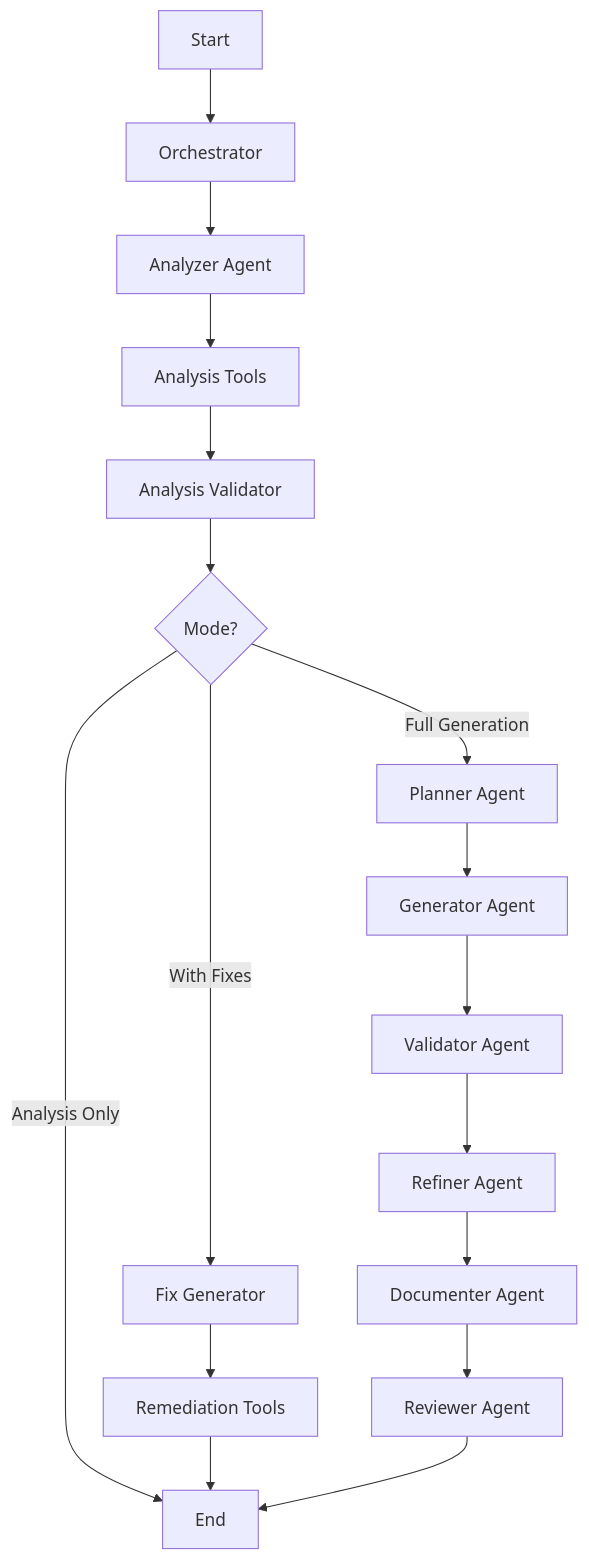
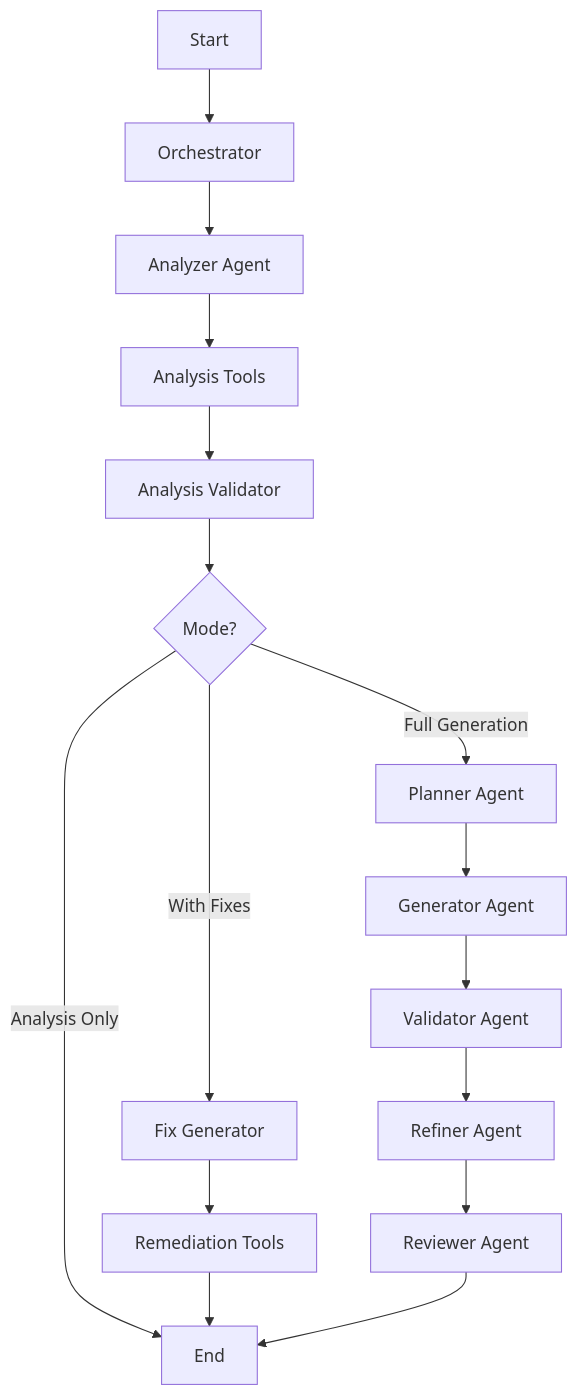
Before and after one commit to hashi-demo-lab/agent-terraform: the diagram in README.md, drawn with Mermaid. The commit also changed 16 other files, not shown here.

Commit message:
Remove Documenter Agent from workflows and related files to streamline the Terraform Code Generation process. Updated workflow logic to direct from Refiner Agent to Reviewer Agent, enhancing the overall analysis flow. Adjusted README.md to reflect these changes in the agent architecture.

````diff
--- a/README.md
+++ b/README.md
@@ -112,19 +112,18 @@
 ```mermaid
 graph TD
     A[Start] --> B[Orchestrator]
     B --> C[Analyzer Agent]
     C --> D[Analysis Tools]
     D --> E[Analysis Validator]
     E --> F{Mode?}
     F -->|Analysis Only| G[End]
     F -->|With Fixes| H[Fix Generator]
     F -->|Full Generation| I[Planner Agent]
     H --> J[Remediation Tools]
     J --> G
     I --> K[Generator Agent]
     K --> L[Validator Agent]
     L --> M[Refiner Agent]
-    M --> N[Documenter Agent]
-    N --> O[Reviewer Agent]
+    M --> O[Reviewer Agent]
     O --> G
 ```
````
